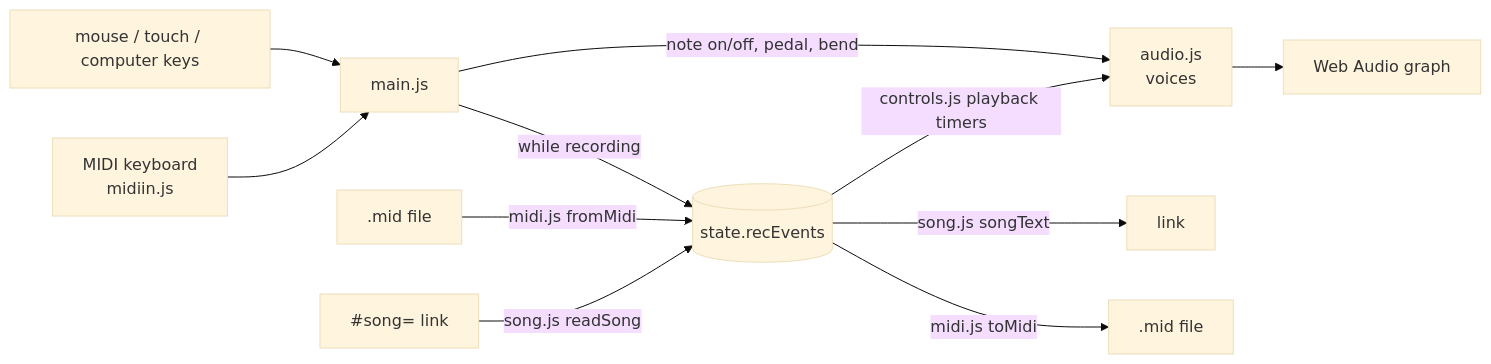
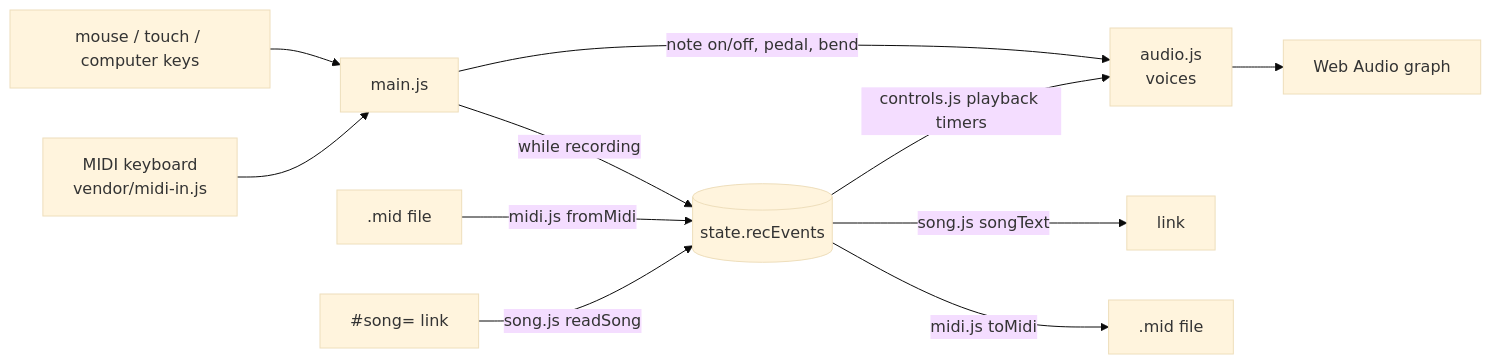
Before and after one commit to csciuto/meowpiano: the diagram in ARCHITECTURE.md, drawn with Mermaid (base theme). The commit also changed other lines of this file and 19 other files, not shown here.

````diff
--- a/ARCHITECTURE.md
+++ b/ARCHITECTURE.md
@@ -48,13 +49,13 @@
 ```mermaid
 flowchart LR
   K[mouse / touch / computer keys] --> M[main.js]
-  MI[MIDI keyboard<br/>midiin.js] --> M
+  MI[MIDI keyboard<br/>vendor/midi-in.js] --> M
   M -->|note on/off, pedal, bend| A[audio.js<br/>voices]
   M -->|while recording| R[(state.recEvents)]
   F[.mid file] -->|midi.js fromMidi| R
   L[#song= link] -->|song.js readSong| R
   R -->|controls.js playback timers| A
   R -->|song.js songText| L2[link]
   R -->|midi.js toMidi| F2[.mid file]
   A --> WA[Web Audio graph]
 ```
````
